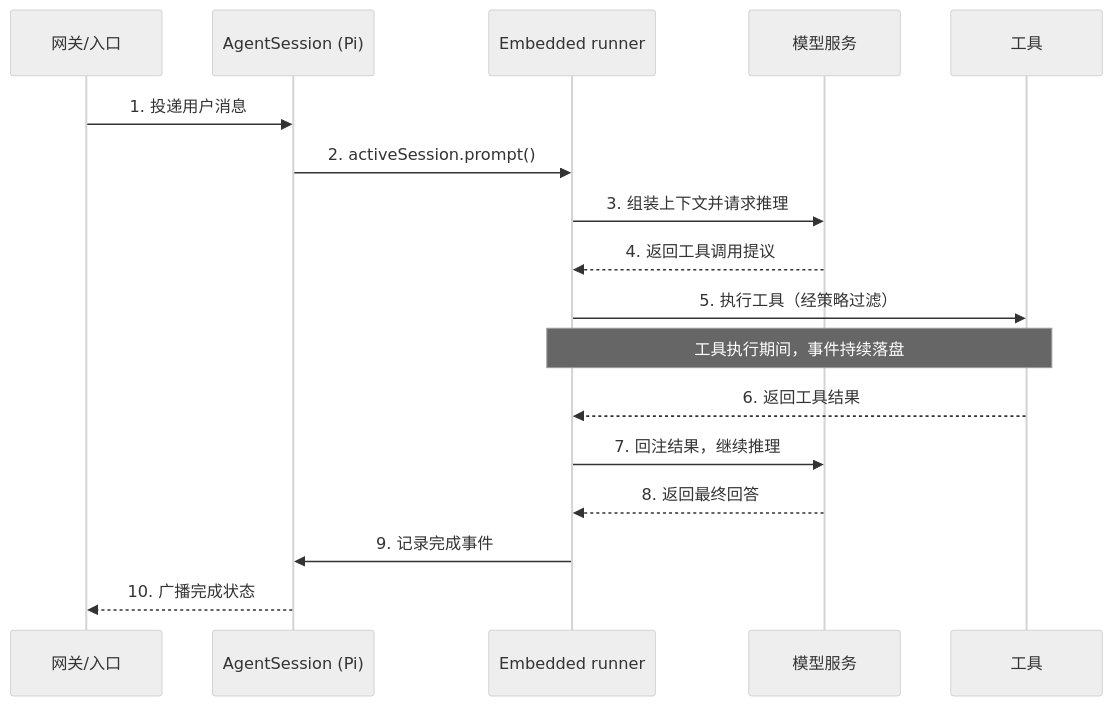
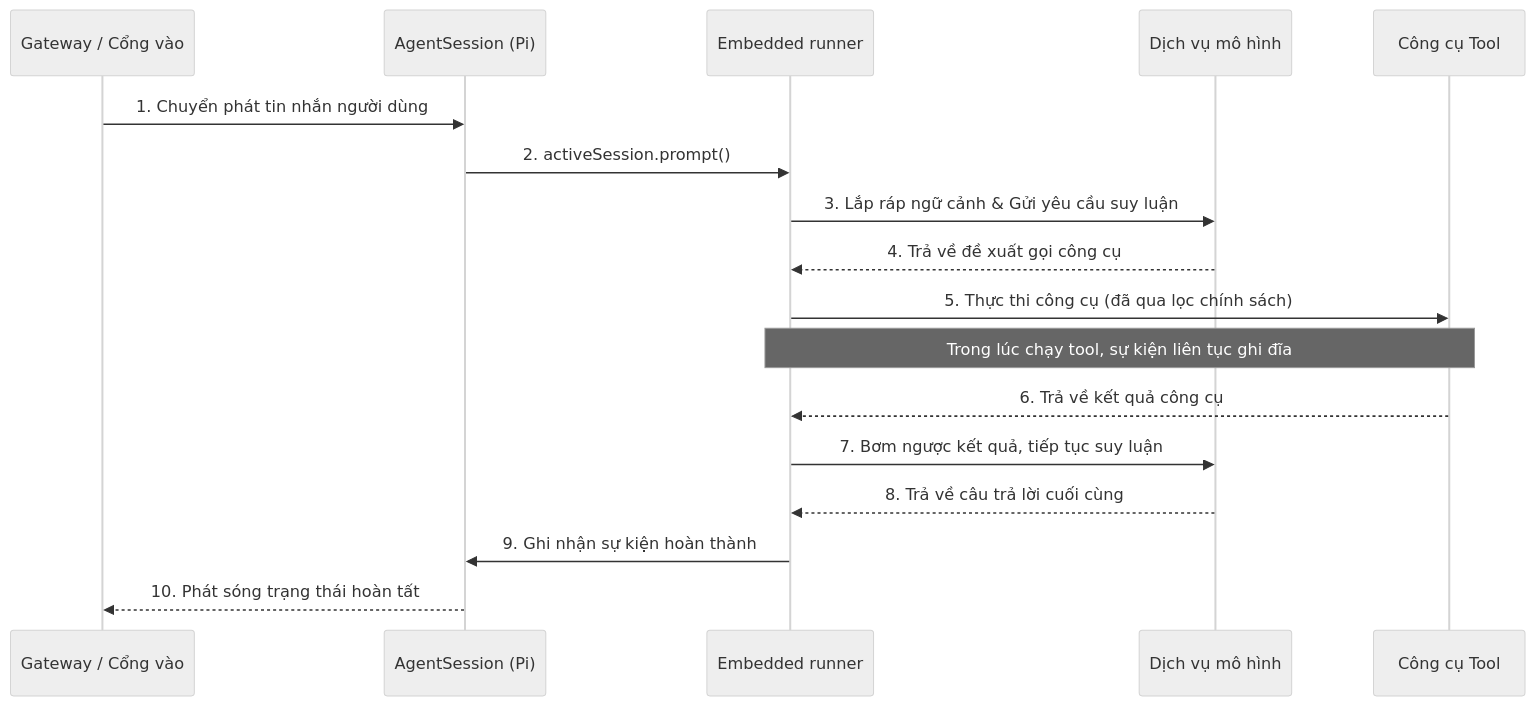
Before and after one commit to dino-edu/openclaw_guide: the second of 2 diagrams in 10_agent_loop/10.2_pi_framework.md, drawn with Mermaid (neutral theme). The commit also changed other lines of this file and 27 other files, not shown here.

Commit message:
docs(i18n): chuyển ngữ Phần III - Nguyên lý lõi & Kỹ thuật triển khai (Chương 09-12)

````diff
--- a/10_agent_loop/10.2_pi_framework.md
+++ b/10_agent_loop/10.2_pi_framework.md
@@ -69,20 +67,20 @@
 ```mermaid
 sequenceDiagram
-    participant Gateway as 网关/入口
+    participant Gateway as Gateway / Cổng vào
     participant Session as AgentSession (Pi)
     participant Runner as Embedded runner
-    participant LLM as 模型服务
-    participant Tool as 工具
+    participant LLM as Dịch vụ mô hình
+    participant Tool as Công cụ Tool
 
-    Gateway->>Session: 1. 投递用户消息
+    Gateway->>Session: 1. Chuyển phát tin nhắn người dùng
     Session->>Runner: 2. activeSession.prompt()
-    Runner->>LLM: 3. 组装上下文并请求推理
-    LLM-->>Runner: 4. 返回工具调用提议
-    Runner->>Tool: 5. 执行工具（经策略过滤）
-    Note over Runner,Tool: 工具执行期间，事件持续落盘
-    Tool-->>Runner: 6. 返回工具结果
-    Runner->>LLM: 7. 回注结果，继续推理
-    LLM-->>Runner: 8. 返回最终回答
-    Runner->>Session: 9. 记录完成事件
-    Session-->>Gateway: 10. 广播完成状态
+    Runner->>LLM: 3. Lắp ráp ngữ cảnh & Gửi yêu cầu suy luận
+    LLM-->>Runner: 4. Trả về đề xuất gọi công cụ
+    Runner->>Tool: 5. Thực thi công cụ (đã qua lọc chính sách)
+    Note over Runner,Tool: Trong lúc chạy tool, sự kiện liên tục ghi đĩa
+    Tool-->>Runner: 6. Trả về kết quả công cụ
+    Runner->>LLM: 7. Bơm ngược kết quả, tiếp tục suy luận
+    LLM-->>Runner: 8. Trả về câu trả lời cuối cùng
+    Runner->>Session: 9. Ghi nhận sự kiện hoàn thành
+    Session-->>Gateway: 10. Phát sóng trạng thái hoàn tất
 ```
````
